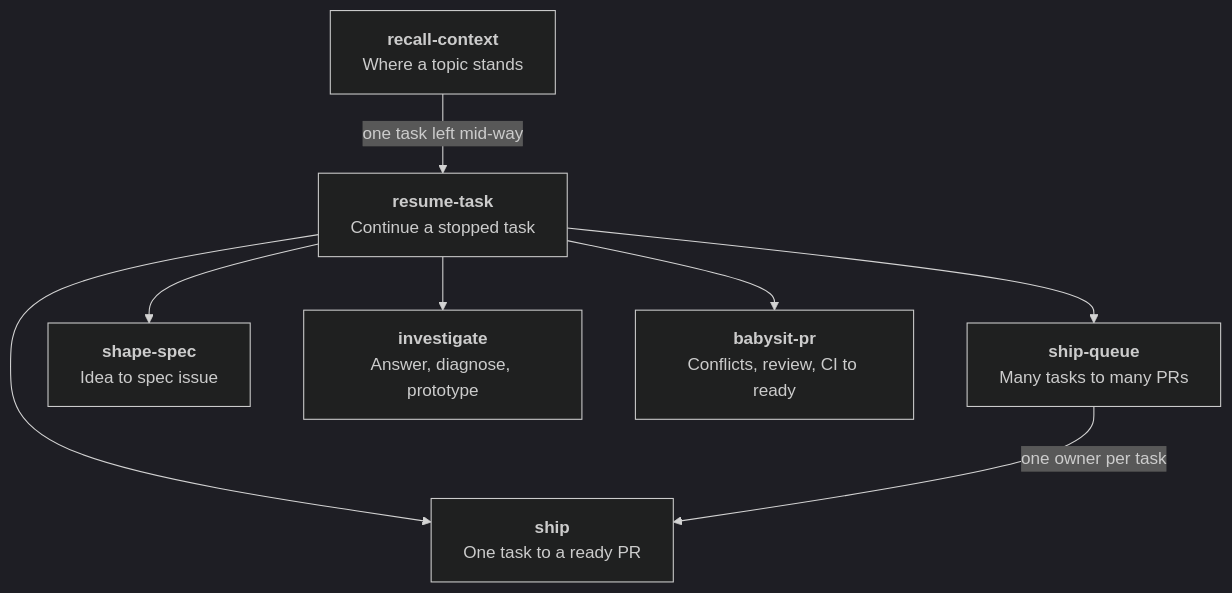
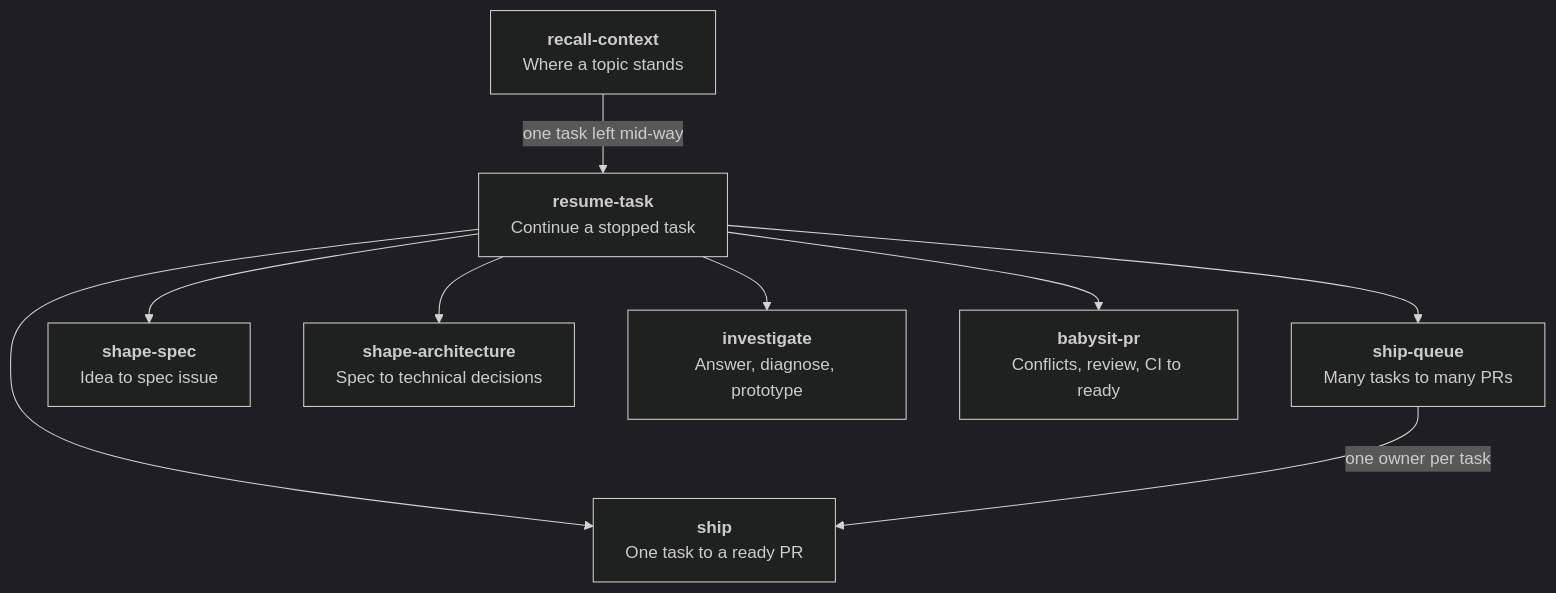
One commit to Ilian-Allaf/skillstack changed diagram 12 of 13 in skills/GRAPH.md. Above: the diagram before and after it, drawn with Mermaid (dark theme). The commit also changed other lines of this file and 38 other files, not shown here.

First line of the commit message:
Shape the architecture apart from the intent

````diff
--- a/skills/GRAPH.md
+++ b/skills/GRAPH.md
@@ -416,22 +430,24 @@
 ```mermaid
 flowchart TB
   recall["<b>recall-context</b><br/>Where a topic stands"]
   resume["<b>resume-task</b><br/>Continue a stopped task"]
   queue["<b>ship-queue</b><br/>Many tasks to many PRs"]
   ship["<b>ship</b><br/>One task to a ready PR"]
   shape["<b>shape-spec</b><br/>Idea to spec issue"]
+  arch["<b>shape-architecture</b><br/>Spec to technical decisions"]
   investigate["<b>investigate</b><br/>Answer, diagnose, prototype"]
   babysit["<b>babysit-pr</b><br/>Conflicts, review, CI to ready"]
 
   recall -->|one task left mid-way| resume
   resume --> ship
   resume --> queue
   resume --> shape
+  resume --> arch
   resume --> investigate
   resume --> babysit
   queue -->|one owner per task| ship
 
   click ship href "https://github.com/Ilian-Allaf/skillstack/blob/master/skills/GRAPH.md#2-the-eight-steps" _top
   click shape href "https://github.com/Ilian-Allaf/skillstack/blob/master/skills/GRAPH.md#8-shaping-a-spec" _top
   click babysit href "https://github.com/Ilian-Allaf/skillstack/blob/master/skills/GRAPH.md#6-steps-7-and-8-verdict-and-babysitting" _top
 ```
````
